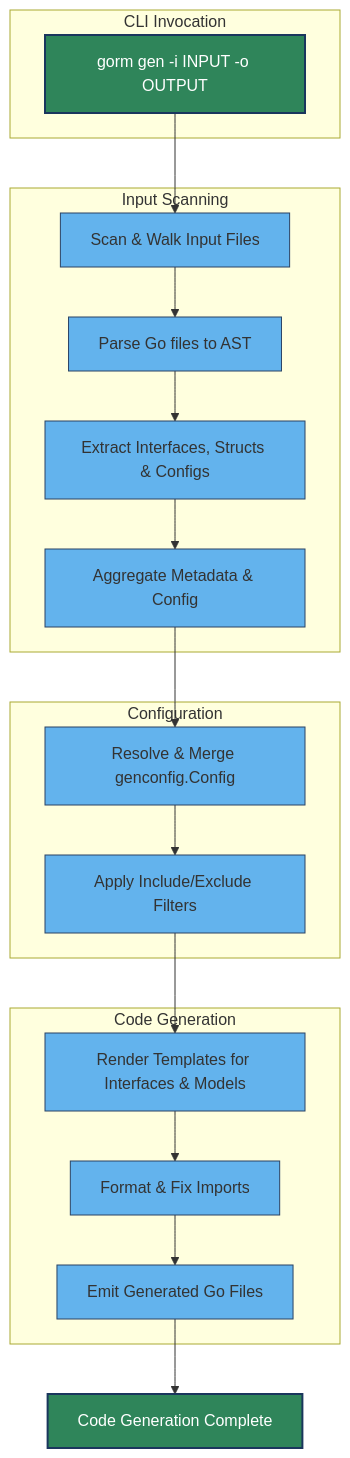
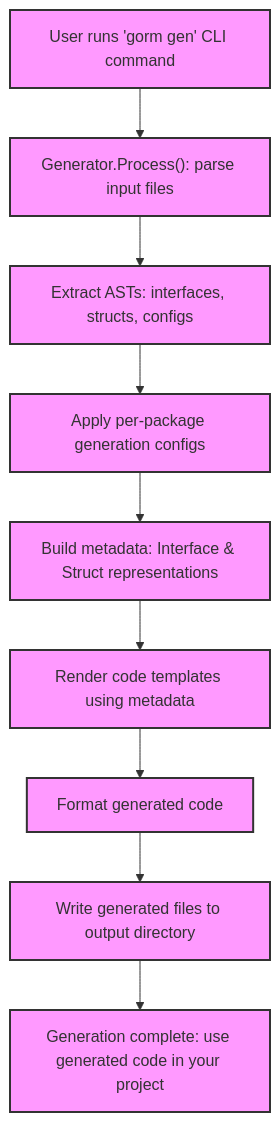
Before and after one commit to clidey/docucod-public-project-3a0e48a9-6b86-4d21-a930-072fe9723c66: the diagram in concepts/architecture-overview/generator-workflow.mdx, drawn with Mermaid. The commit also changed other lines of this file and 28 other files, not shown here.

````diff
--- a/concepts/architecture-overview/generator-workflow.mdx
+++ b/concepts/architecture-overview/generator-workflow.mdx
@@ -131,34 +176,14 @@
 ```mermaid
 flowchart TD
+  CLICommand["User runs 'gorm gen' CLI command"] --> ParseInput["Generator.Process(): parse input files"]
+  ParseInput --> ExtractASTs["Extract ASTs: interfaces, structs, configs"]
+  ExtractASTs --> ApplyConfig["Apply per-package generation configs"]
+  ApplyConfig --> BuildMetadata["Build metadata: Interface & Struct representations"]
+  BuildMetadata --> RenderTemplates["Render code templates using metadata"]
+  RenderTemplates --> FormatCode["Format generated code"]
+  FormatCode --> OutputFiles["Write generated files to output directory"]
+  OutputFiles --> End["Generation complete: use generated code in your project"]
 
-  subgraph CLI Invocation
-    CLI[gorm gen -i INPUT -o OUTPUT]
-  end
-
-  subgraph Input Scanning
-    CLI --> Scan[Scan & Walk Input Files]
-    Scan --> Parse[Parse Go files to AST]
-    Parse --> Extract[Extract Interfaces, Structs & Configs]
-    Extract --> Aggregate[Aggregate Metadata & Config]
-  end
-
-  subgraph Configuration
-    Aggregate --> ResolveConfig[Resolve & Merge genconfig.Config]
-    ResolveConfig --> Filter[Apply Include/Exclude Filters]
-  end
-
-  subgraph Code Generation
-    Filter --> Template[Render Templates for Interfaces & Models]
-    Template --> FormatCode[Format & Fix Imports]
-    FormatCode --> Emit[Emit Generated Go Files]
-  end
-
-  Emit --> Done[Code Generation Complete]
-
-  %% Style
-  classDef startend fill:#2f855a,stroke:#1a365d,stroke-width:2px,color:#fff;
-  classDef process fill:#63b3ed,stroke:#2a4365,stroke-width:1px;
-
-  class CLI,Done startend;
-  class Scan,Parse,Extract,Aggregate,ResolveConfig,Filter,Template,FormatCode,Emit process;
+  classDef step fill:#f9f,stroke:#333,stroke-width:2px;
+  class CLICommand,ParseInput,ExtractASTs,ApplyConfig,BuildMetadata,RenderTemplates,FormatCode,OutputFiles,End step;
 ```
````
